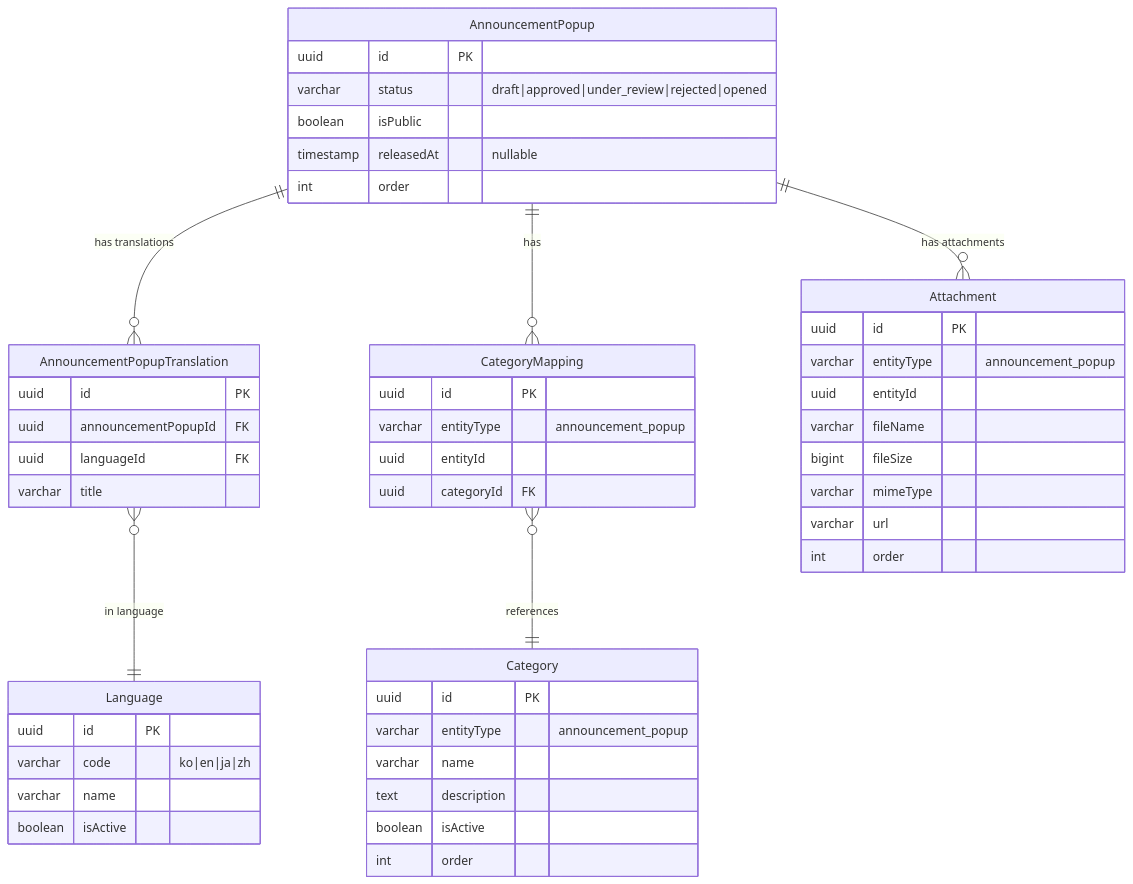
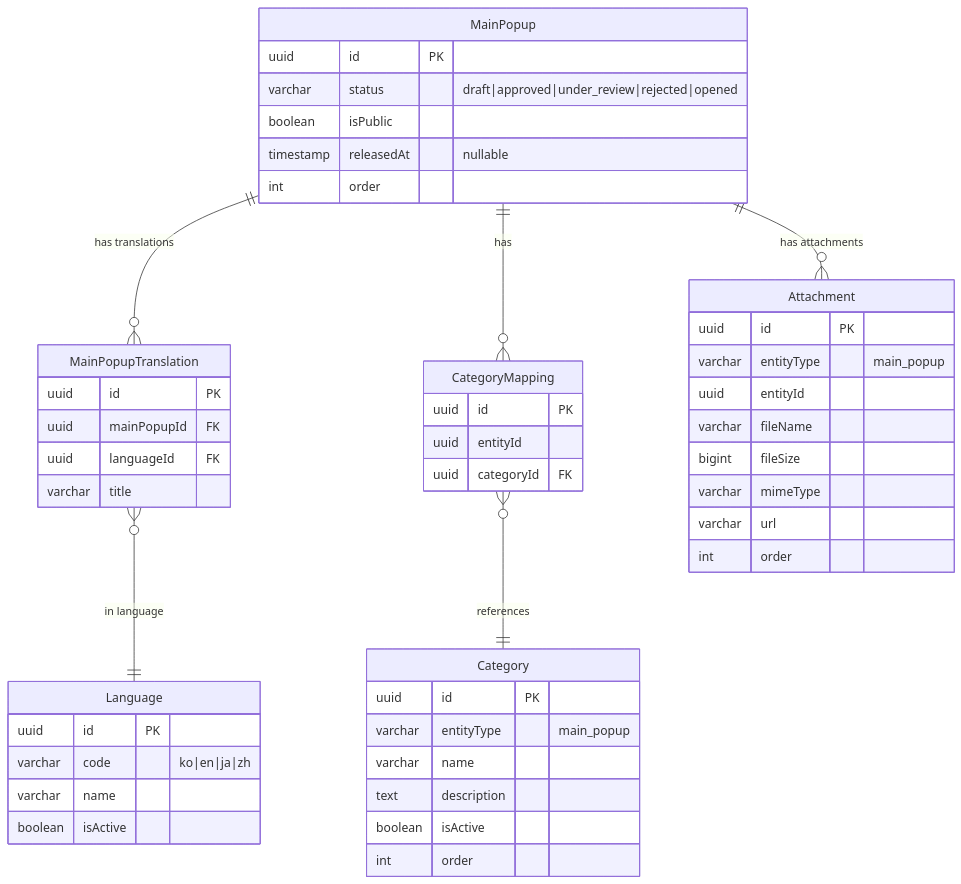
Before and after one commit to GTD-web/Back_ContentsManagementSystem: the second of 7 diagrams in docs/er-diagram.md, drawn with Mermaid. The commit also changed other lines of this file and 1 other file, not shown here.

````diff
--- a/docs/er-diagram.md
+++ b/docs/er-diagram.md
@@ -477,57 +476,56 @@
 ```mermaid
 erDiagram
-    AnnouncementPopup {
+    MainPopup {
         uuid id PK
         varchar status "draft|approved|under_review|rejected|opened"
         boolean isPublic
         timestamp releasedAt "nullable"
         int order
     }
     
-    AnnouncementPopupTranslation {
+    MainPopupTranslation {
         uuid id PK
-        uuid announcementPopupId FK
+        uuid mainPopupId FK
         uuid languageId FK
         varchar title
     }
     
     CategoryMapping {
         uuid id PK
-        varchar entityType "announcement_popup"
         uuid entityId
         uuid categoryId FK
     }
     
     Category {
         uuid id PK
-        varchar entityType "announcement_popup"
+        varchar entityType "main_popup"
         varchar name
         text description
         boolean isActive
         int order
     }
     
     Language {
         uuid id PK
         varchar code "ko|en|ja|zh"
         varchar name
         boolean isActive
     }
     
     Attachment {
         uuid id PK
-        varchar entityType "announcement_popup"
+        varchar entityType "main_popup"
         uuid entityId
         varchar fileName
         bigint fileSize
         varchar mimeType
         varchar url
         int order
     }
     
-    AnnouncementPopup ||--o{ AnnouncementPopupTranslation : "has translations"
-    AnnouncementPopupTranslation }o--|| Language : "in language"
-    AnnouncementPopup ||--o{ CategoryMapping : "has"
+    MainPopup ||--o{ MainPopupTranslation : "has translations"
+    MainPopupTranslation }o--|| Language : "in language"
+    MainPopup ||--o{ CategoryMapping : "has"
     CategoryMapping }o--|| Category : "references"
-    AnnouncementPopup ||--o{ Attachment : "has attachments"
+    MainPopup ||--o{ Attachment : "has attachments"
 ```
````
